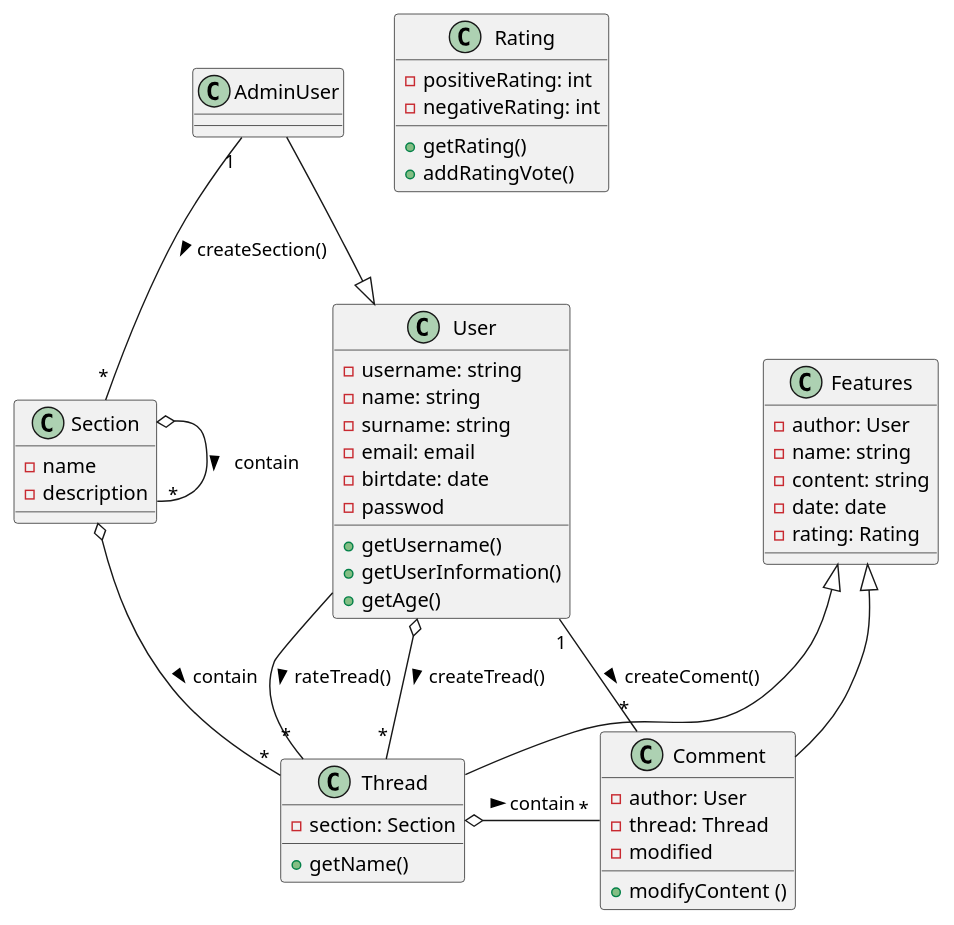
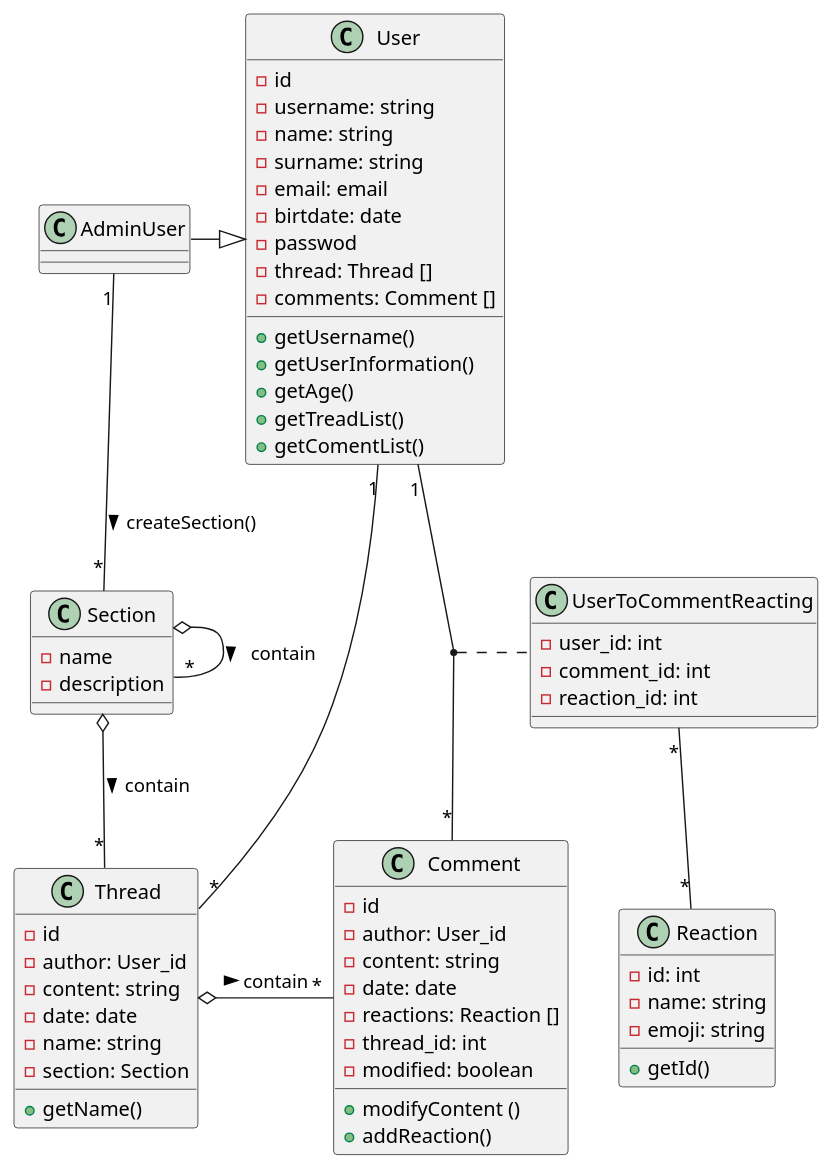
The diagram in SecondSemester/Practise/Forum/README.md (Bezobsahu/MyMasterDegree), drawn with PlantUML before and after one commit. The commit also changed 24 other files, not shown here.

```diff
--- a/SecondSemester/Practise/Forum/README.md
+++ b/SecondSemester/Practise/Forum/README.md
@@ -7,20 +7,25 @@
 
 class User
 {
+    -id
     - username: string
     - name: string
     - surname: string
     - email: email
     - birtdate: date
     - passwod
+    - thread: Thread []
+    - comments: Comment []
     + getUsername()
     + getUserInformation()
     + getAge()
+    + getTreadList()
+    + getComentList()
 }
 
-User o--"*" Thread: > createTread()
-User --"*" Thread: > rateTread()
-User "1"--"*" Comment: > createComent()
+
+
+
 
 AdminUser -|> User
 AdminUser "1"--"*" Section: > createSection()
@@ -29,41 +34,94 @@
 {
 
 }
-
-class Features
+/'
+interface RatebleEntity
 {
     - author: User
-    - name: string
     - content: string
     - date: date
-    - rating: Rating
+    - reactions: Reactions []
+    + rateEntity()
+
 }
-Features <|-- Thread
-class Thread
-{   
-    - section: Section
-    + getName()
-}
-Features <|-- Comment
+
+    RatebleEntity <-- Thread
+    RatebleEntity <-- Comment
+    RatebleEntity <|-- ConcreateBehaver
+
+'/
+
+
+    class Thread
+    {   
+        - id
+        - author: User_id
+        - content: string
+        - date: date
+        - name: string
+        - section: Section
+        + getName()
+    }
+
+
+
+
+
+User "1"--"*" Thread
+
+ /'
+        (User,Thread) .. UserToThread
+        class UserToThread 
+        {
+            - user_id: int
+            - thread_id: int
+            
+            
+        }
+
+'/
+
 class Comment
 {
-    - author: User
-    - thread: Thread
-    - modified
+    - id
+    - author: User_id
+    - content: string
+    - date: date
+    - reactions: Reaction []
+    - thread_id: int
+    - modified: boolean
     + modifyContent ()
+    + addReaction()
+}
+User "1"--"*" Comment
+(User,Comment) .. UserToCommentReacting
+class UserToCommentReacting
+{
+    - user_id: int
+    - comment_id: int
+    - reaction_id: int
+    
+}
 
-}
+
 Thread o-"*" Comment: > contain
+
 Section o--"*" Thread: > contain
 Section o-"*" Section: > contain
 
-class Rating
+
+UserToCommentReacting "*"--"*" Reaction
+
+class Reaction 
 {
-    - positiveRating: int
-    - negativeRating: int
-    + getRating()
-    + addRatingVote()
+    - id: int
+    - name: string
+    - emoji: string
+    + getId()
+
 }
+
+
 
 
 
```
